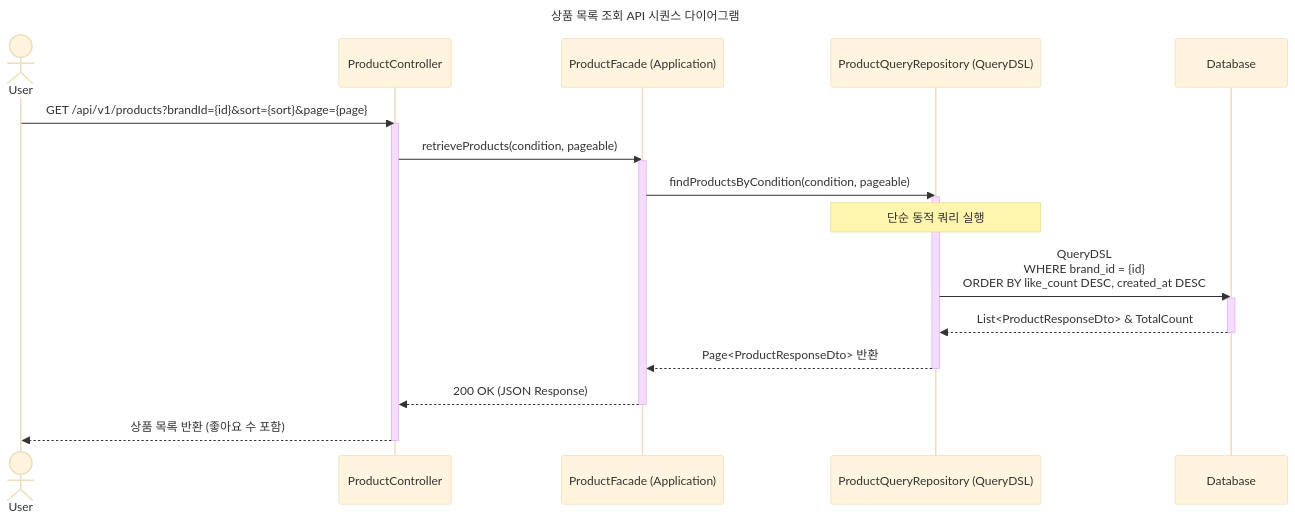
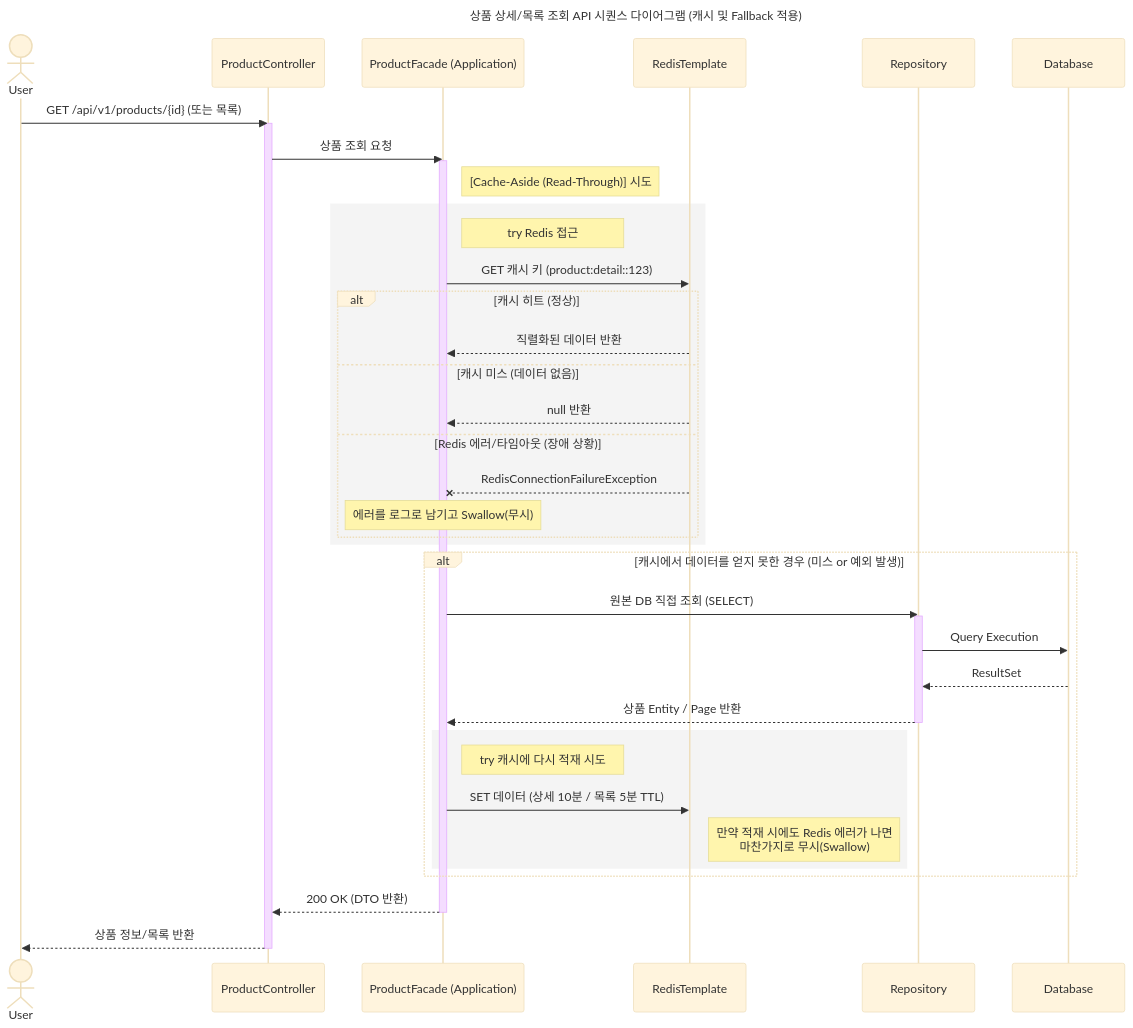
Before and after one commit to loopers-labs/loop-pack-be-l2-vol4-java: the fifth of 5 diagrams in docs/week2/02-sequence-diagrams.md, drawn with Mermaid (base theme). The commit also changed 1 other file, not shown here.

Commit message:
docs: 상품 상세 및 목록 API 캐시 설계 추가

````diff
--- a/docs/week2/02-sequence-diagrams.md
+++ b/docs/week2/02-sequence-diagrams.md
@@ -186,33 +186,52 @@
 ```mermaid
 sequenceDiagram
-    title 상품 목록 조회 API 시퀀스 다이어그램
+    title 상품 상세/목록 조회 API 시퀀스 다이어그램 (캐시 및 Fallback 적용)
     actor User
     participant Controller as ProductController
     participant Facade as ProductFacade (Application)
-    participant Repo as ProductQueryRepository (QueryDSL)
+    participant Cache as RedisTemplate
+    participant Repo as Repository
     participant DB as Database
 
-    User->>Controller: GET /api/v1/products?brandId={id}&sort={sort}&page={page}
+    User->>Controller: GET /api/v1/products/{id} (또는 목록)
     activate Controller
 
-    Controller->>Facade: retrieveProducts(condition, pageable)
+    Controller->>Facade: 상품 조회 요청
     activate Facade
 
-    Facade->>Repo: findProductsByCondition(condition, pageable)
-    activate Repo
+    Note right of Facade: [Cache-Aside (Read-Through)] 시도
     
-    Note over Repo: 단순 동적 쿼리 실행
-    Repo->>DB: QueryDSL<br/>WHERE brand_id = {id}<br/>ORDER BY like_count DESC, created_at DESC
-    activate DB
-    DB-->>Repo: List<ProductResponseDto> & TotalCount
-    deactivate DB
+    rect rgba(200, 200, 200, 0.2)
+        Note right of Facade: try Redis 접근
+        Facade->>Cache: GET 캐시 키 (product:detail::123)
+        alt 캐시 히트 (정상)
+            Cache-->>Facade: 직렬화된 데이터 반환
+        else 캐시 미스 (데이터 없음)
+            Cache-->>Facade: null 반환
+        else Redis 에러/타임아웃 (장애 상황)
+            Cache--xFacade: RedisConnectionFailureException
+            Note over Facade: 에러를 로그로 남기고 Swallow(무시)
+        end
+    end
 
-    Repo-->>Facade: Page<ProductResponseDto> 반환
-    deactivate Repo
+    alt 캐시에서 데이터를 얻지 못한 경우 (미스 or 예외 발생)
+        Facade->>Repo: 원본 DB 직접 조회 (SELECT)
+        activate Repo
+        Repo->>DB: Query Execution
+        DB-->>Repo: ResultSet
+        Repo-->>Facade: 상품 Entity / Page 반환
+        deactivate Repo
+        
+        rect rgba(200, 200, 200, 0.2)
+            Note right of Facade: try 캐시에 다시 적재 시도
+            Facade->>Cache: SET 데이터 (상세 10분 / 목록 5분 TTL)
+            Note right of Cache: 만약 적재 시에도 Redis 에러가 나면 <br>마찬가지로 무시(Swallow)
+        end
+    end
 
-    Facade-->>Controller: 200 OK (JSON Response)
+    Facade-->>Controller: 200 OK (DTO 반환)
     deactivate Facade
 
-    Controller-->>User: 상품 목록 반환 (좋아요 수 포함)
+    Controller-->>User: 상품 정보/목록 반환
     deactivate Controller
 ```
````
